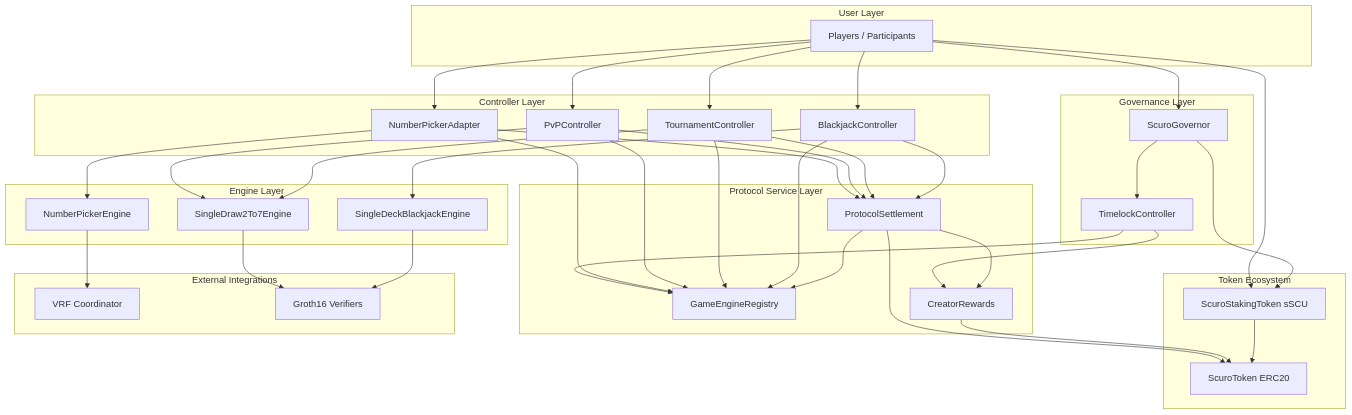
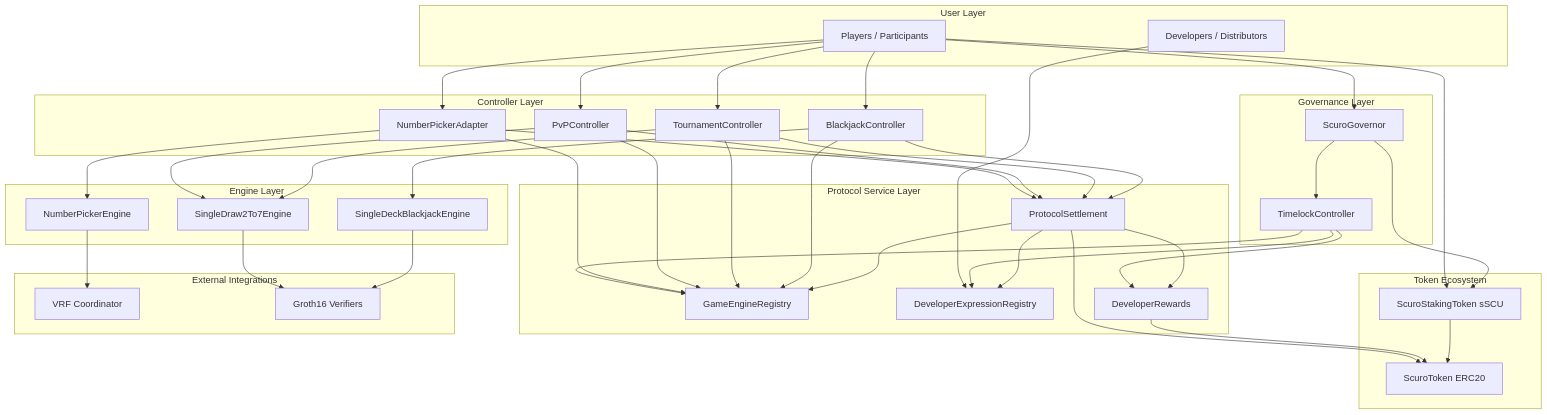
One commit to zachdt/scuro changed the diagram in architecture_overview.md. Above: the diagram before and after it, drawn with Mermaid. The commit also changed other lines of this file and 24 other files, not shown here.

Commit message:
Review developer rewards refactor —

```diff
--- a/architecture_overview.md
+++ b/architecture_overview.md
@@ -22,6 +22,7 @@
 
     subgraph UserLayer [User Layer]
         Player[Players / Participants]
+        Devs[Developers / Distributors]
     end
 
     subgraph ControllerLayer [Controller Layer]
@@ -34,7 +35,8 @@
     subgraph ServiceLayer [Protocol Service Layer]
         Settlement[ProtocolSettlement]
         Registry[GameEngineRegistry]
-        Rewards[CreatorRewards]
+        Expressions[DeveloperExpressionRegistry]
+        Rewards[DeveloperRewards]
     end
 
     subgraph TokenLayer [Token Ecosystem]
@@ -59,11 +61,13 @@
     Player --> BjCtrl
     Player --> Stake
     Player --> Governor
+    Devs --> Expressions
 
     Governor --> Timelock
     Governor --> Stake
     Timelock --> Registry
     Timelock --> Rewards
+    Timelock --> Expressions
 
     Solo --> Settlement
     Solo --> Registry
@@ -83,6 +87,7 @@
 
     Settlement --> Token
     Settlement --> Registry
+    Settlement --> Expressions
     Settlement --> Rewards
     Rewards --> Token
     Stake --> Token
```
